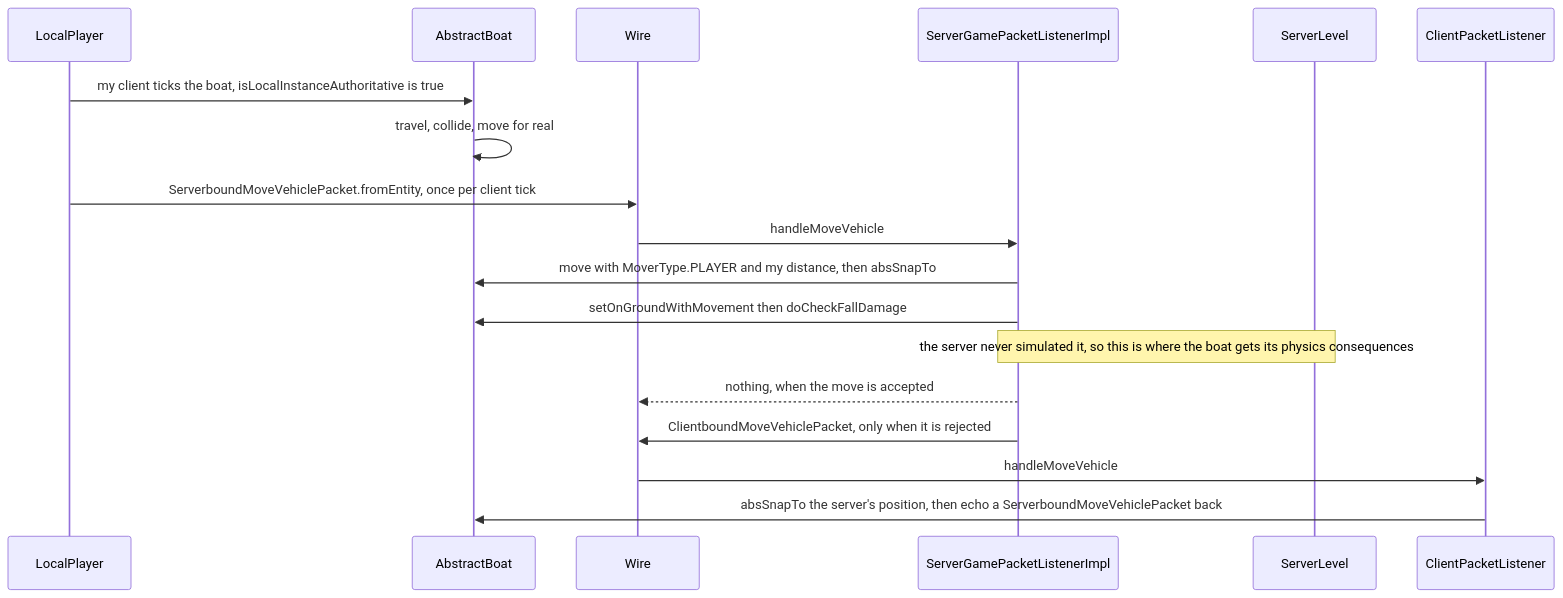
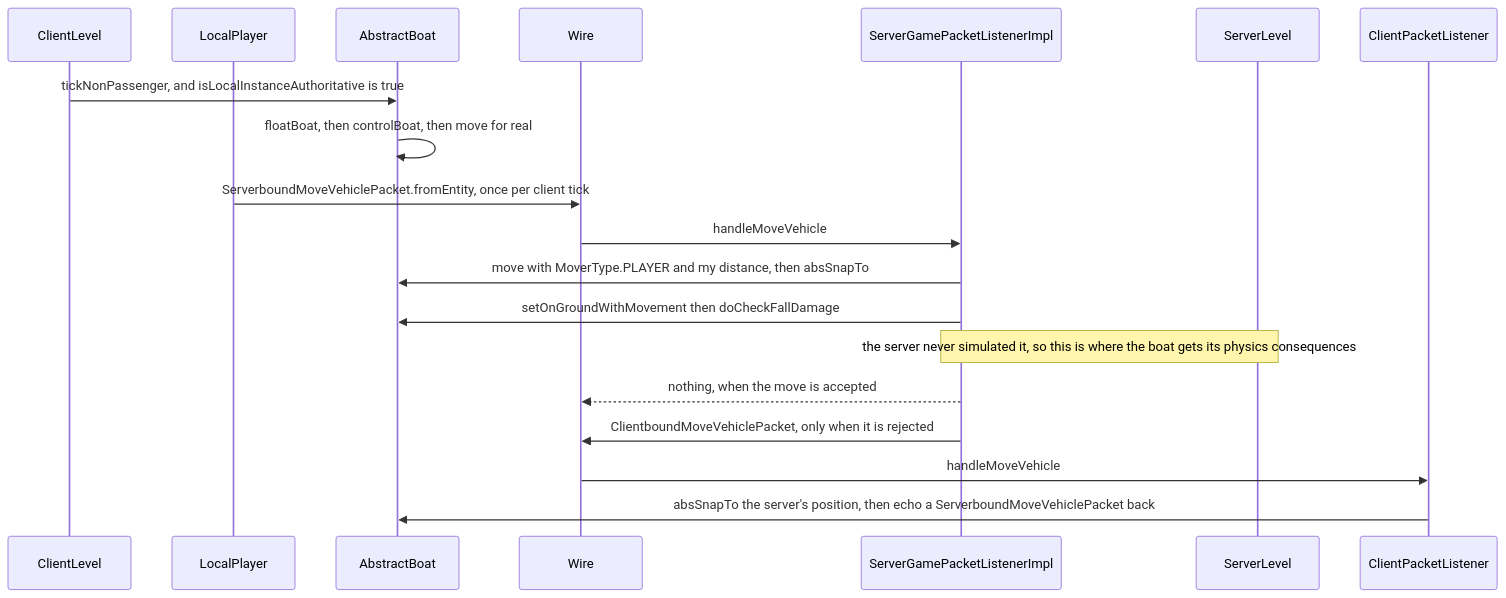
The second of 2 diagrams in src/systems/entities/authority.md (AlexanderjFraser/MinecraftDocs), drawn with Mermaid before and after one commit. The commit also changed other lines of this file and 1 other file, not shown here.

````diff
--- a/src/systems/entities/authority.md
+++ b/src/systems/entities/authority.md
@@ -135,21 +141,22 @@
 ```mermaid
 sequenceDiagram
+    participant CL as ClientLevel
     participant LP as LocalPlayer
     participant AB as AbstractBoat
     participant Wire as Wire
     participant SGPL as ServerGamePacketListenerImpl
     participant SL as ServerLevel
     participant CPL as ClientPacketListener
 
-    LP->>AB: my client ticks the boat, isLocalInstanceAuthoritative is true
-    AB->>AB: travel, collide, move for real
+    CL->>AB: tickNonPassenger, and isLocalInstanceAuthoritative is true
+    AB->>AB: floatBoat, then controlBoat, then move for real
     LP->>Wire: ServerboundMoveVehiclePacket.fromEntity, once per client tick
     Wire->>SGPL: handleMoveVehicle
     SGPL->>AB: move with MoverType.PLAYER and my distance, then absSnapTo
     SGPL->>AB: setOnGroundWithMovement then doCheckFallDamage
     Note over SGPL,SL: the server never simulated it, so this is where the boat gets its physics consequences
     SGPL-->>Wire: nothing, when the move is accepted
     SGPL->>Wire: ClientboundMoveVehiclePacket, only when it is rejected
     Wire->>CPL: handleMoveVehicle
     CPL->>AB: absSnapTo the server's position, then echo a ServerboundMoveVehiclePacket back
 ```
````
